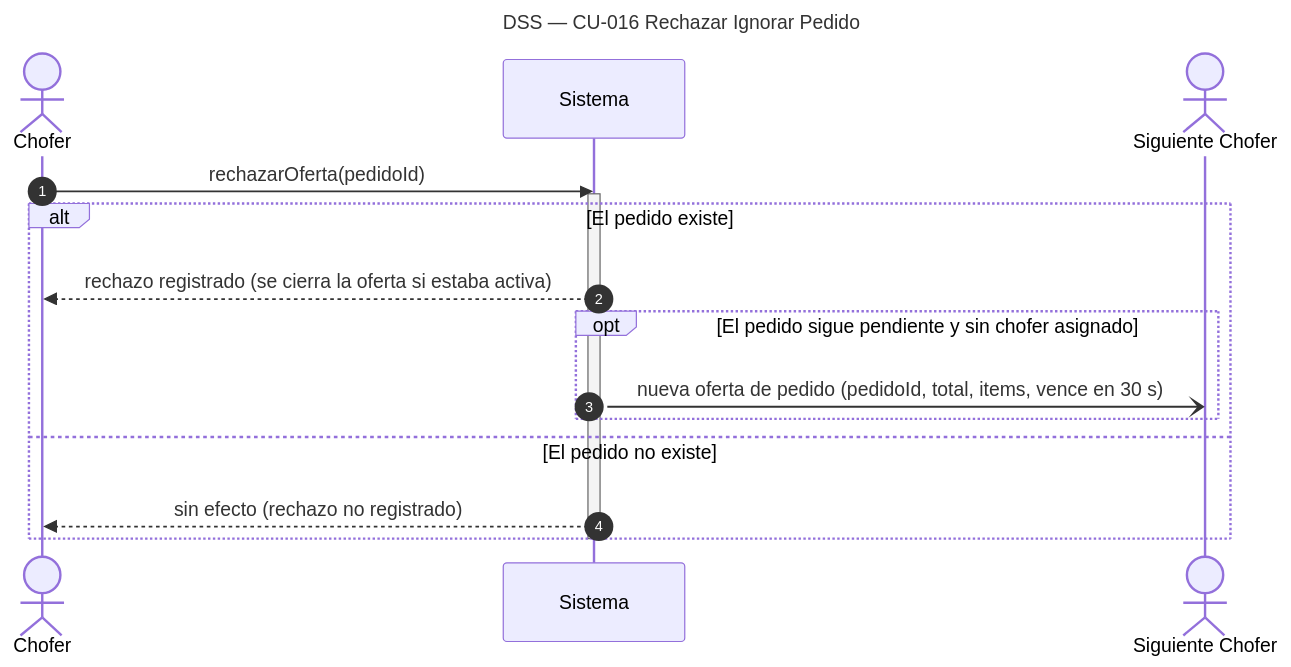
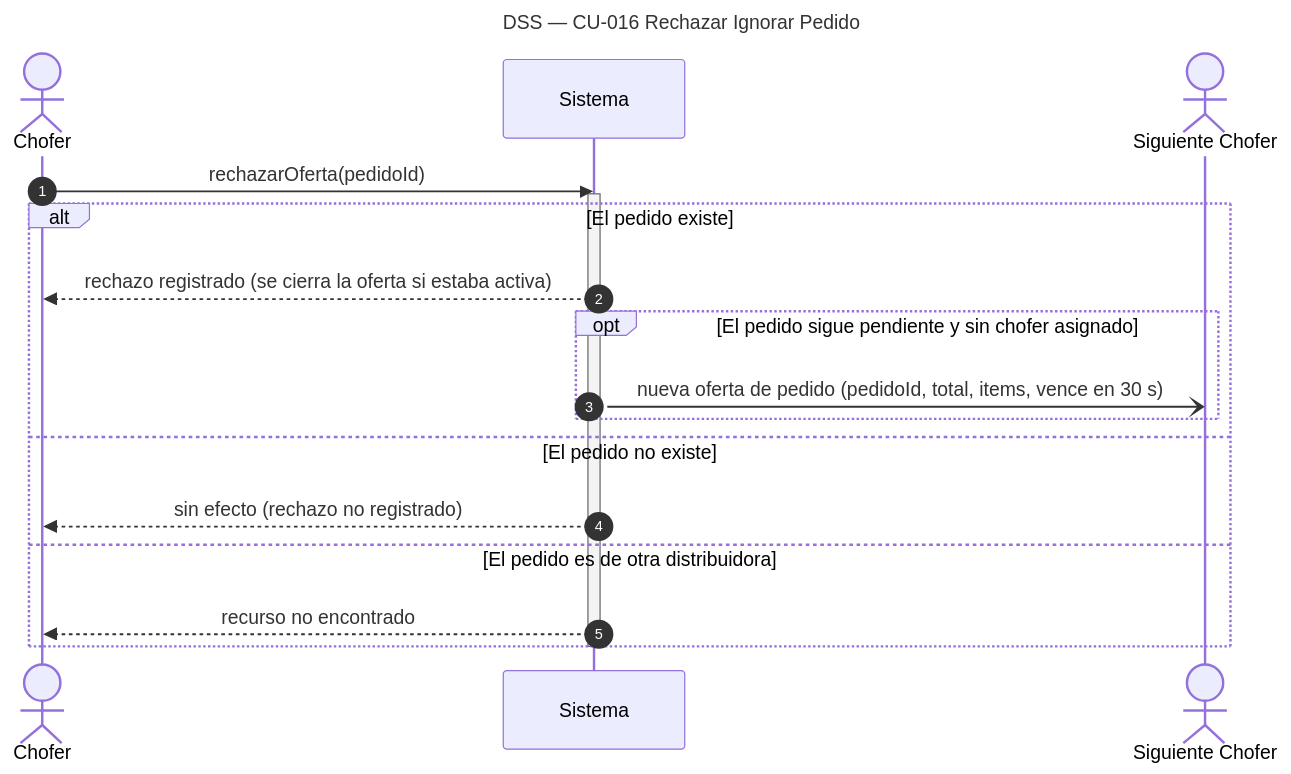
One commit to Nahuelito-Dev/splg-docs changed the diagram in diagramas/DSS_CU-016_Rechazar-Ignorar-Pedido.mmd. Above: the diagram before and after it, drawn with Mermaid. The commit also changed 20 other files, not shown here.

```diff
--- a/diagramas/DSS_CU-016_Rechazar-Ignorar-Pedido.mmd
+++ b/diagramas/DSS_CU-016_Rechazar-Ignorar-Pedido.mmd
@@ -1,18 +1,20 @@
 sequenceDiagram
     title DSS — CU-016 Rechazar Ignorar Pedido
     autonumber
     actor CHO as Chofer
     participant SIS as Sistema
     actor CH2 as Siguiente Chofer
 
     CHO->>SIS: rechazarOferta(pedidoId)
     activate SIS
     alt El pedido existe
         SIS-->>CHO: rechazo registrado (se cierra la oferta si estaba activa)
         opt El pedido sigue pendiente y sin chofer asignado
             SIS-)CH2: nueva oferta de pedido (pedidoId, total, items, vence en 30 s)
         end
     else El pedido no existe
         SIS-->>CHO: sin efecto (rechazo no registrado)
+    else El pedido es de otra distribuidora
+        SIS-->>CHO: recurso no encontrado
     end
     deactivate SIS
```
